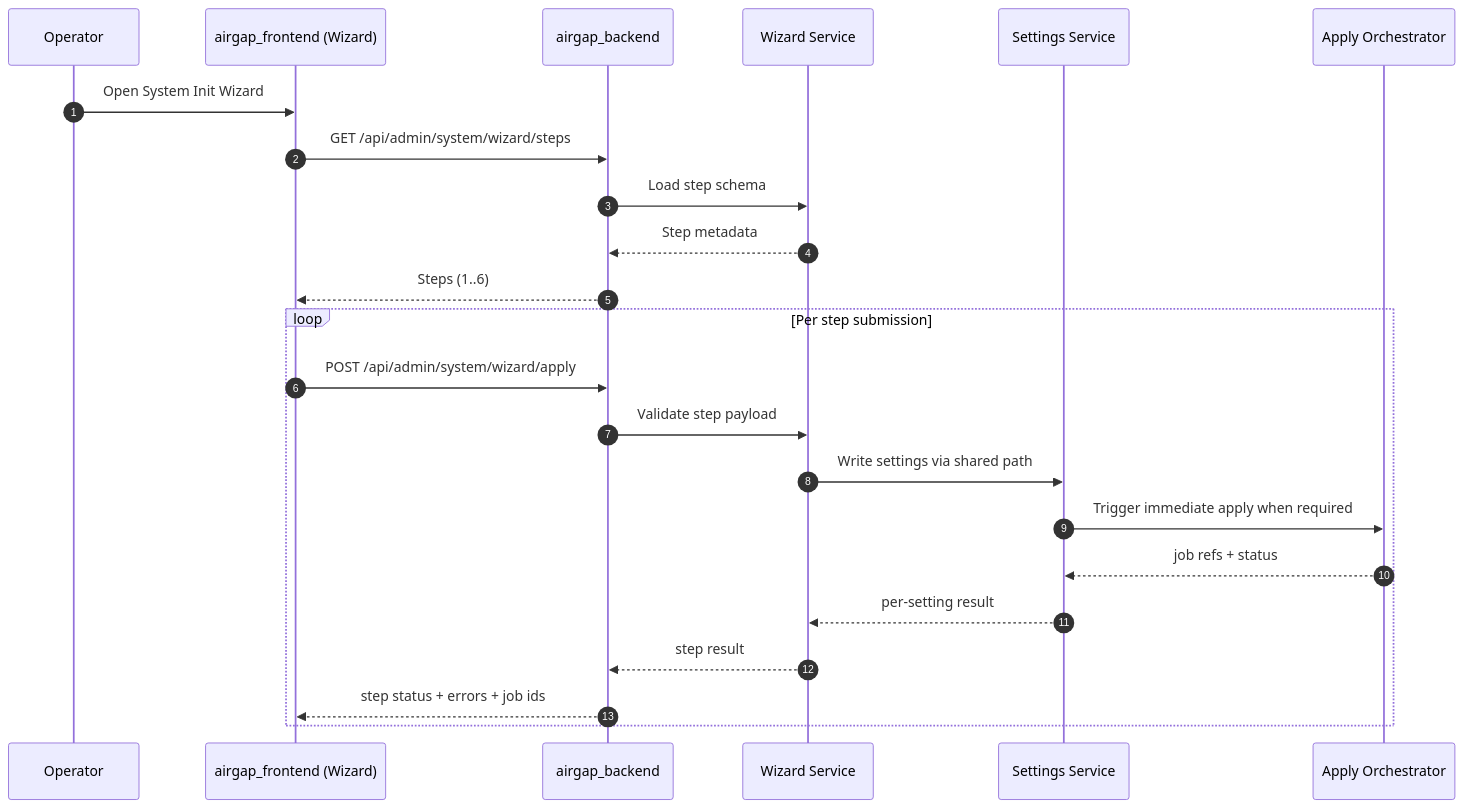
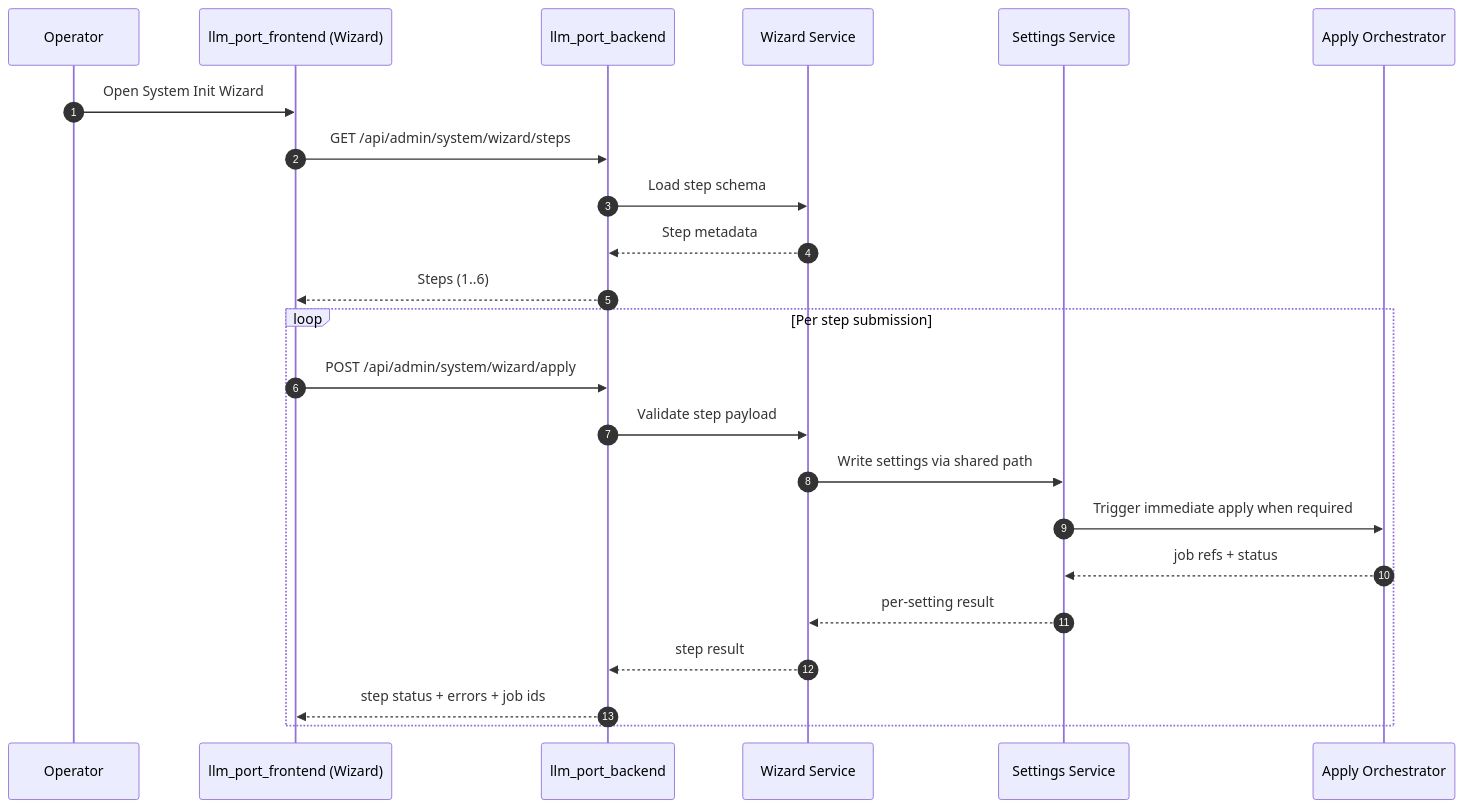
The eighth of 13 diagrams in profile/call-sequence.md (llm-port/.github), drawn with Mermaid before and after one commit. The commit also changed other lines of this file and 2 other files, not shown here.

````diff
--- a/profile/call-sequence.md
+++ b/profile/call-sequence.md
@@ -258,27 +272,27 @@
 ```mermaid
 sequenceDiagram
     autonumber
     participant U as Operator
-    participant FE as airgap_frontend (Wizard)
-    participant BE as airgap_backend
+    participant FE as llm_port_frontend (Wizard)
+    participant BE as llm_port_backend
     participant WIZ as Wizard Service
     participant SET as Settings Service
     participant APPLY as Apply Orchestrator
 
     U->>FE: Open System Init Wizard
     FE->>BE: GET /api/admin/system/wizard/steps
     BE->>WIZ: Load step schema
     WIZ-->>BE: Step metadata
     BE-->>FE: Steps (1..6)
 
     loop Per step submission
       FE->>BE: POST /api/admin/system/wizard/apply
       BE->>WIZ: Validate step payload
       WIZ->>SET: Write settings via shared path
       SET->>APPLY: Trigger immediate apply when required
       APPLY-->>SET: job refs + status
       SET-->>WIZ: per-setting result
       WIZ-->>BE: step result
       BE-->>FE: step status + errors + job ids
     end
 ```
````
